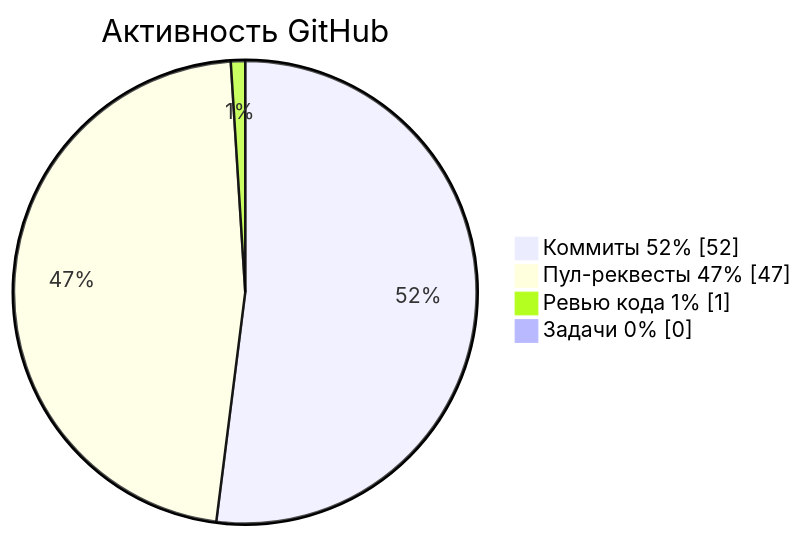
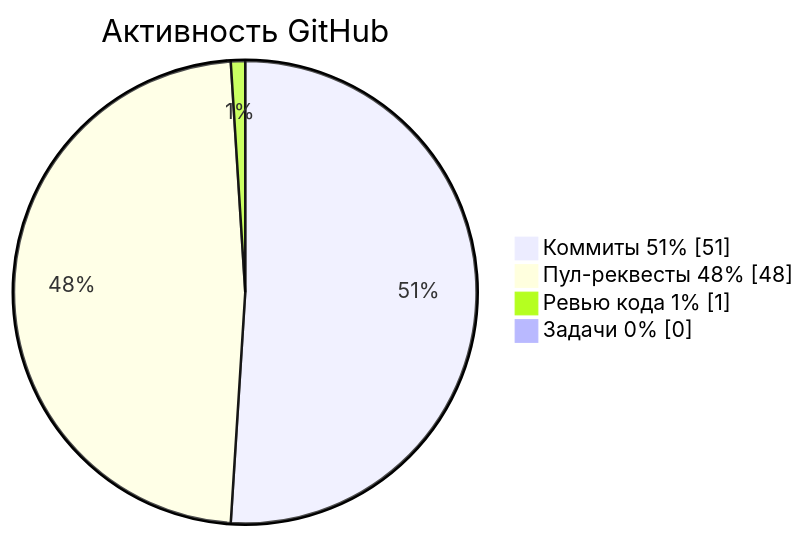
One commit to krotname/KrotName changed the diagram in README.md. Above: the diagram before and after it, drawn with Mermaid. The commit also changed other lines of this file and 1 other file, not shown here.

Commit message:
Update profile metrics

````diff
--- a/README.md
+++ b/README.md
@@ -45,8 +45,8 @@
 ```mermaid
 pie showData
     title Активность GitHub
-    "Коммиты 52%" : 52
-    "Пул-реквесты 47%" : 47
+    "Коммиты 51%" : 51
+    "Пул-реквесты 48%" : 48
     "Ревью кода 1%" : 1
     "Задачи 0%" : 0
 ```
````
